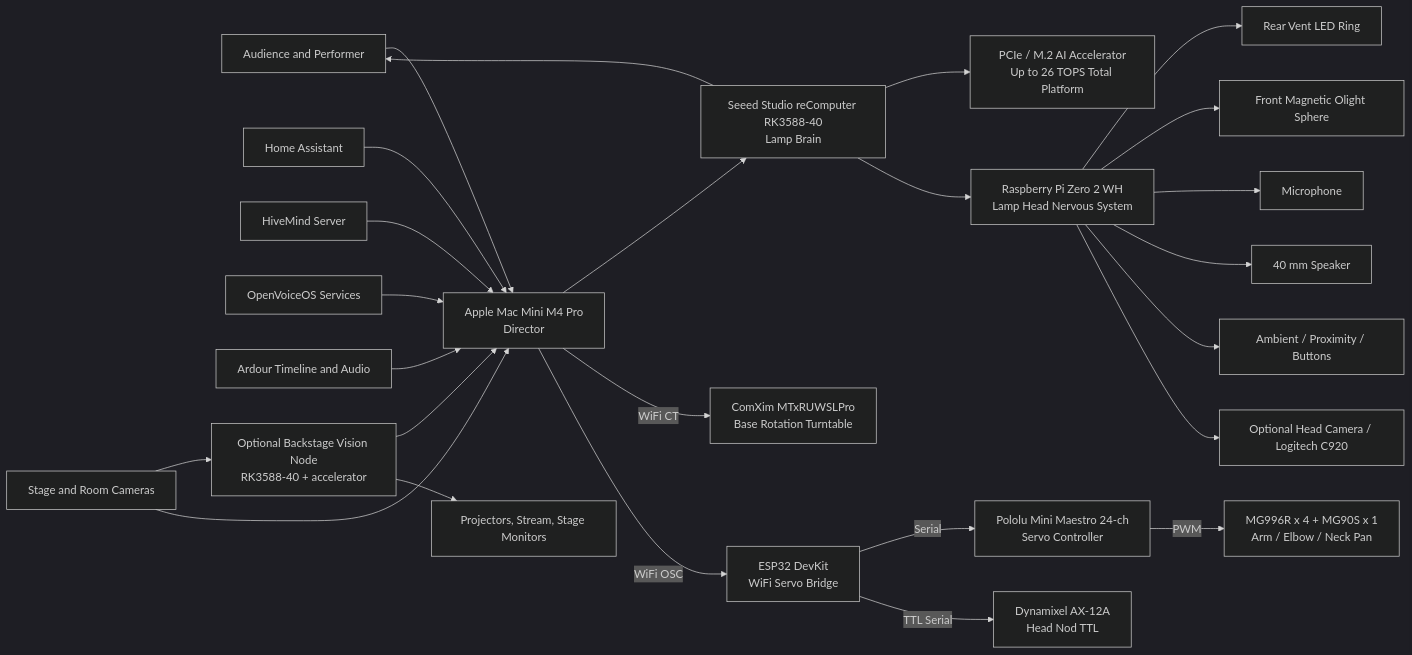
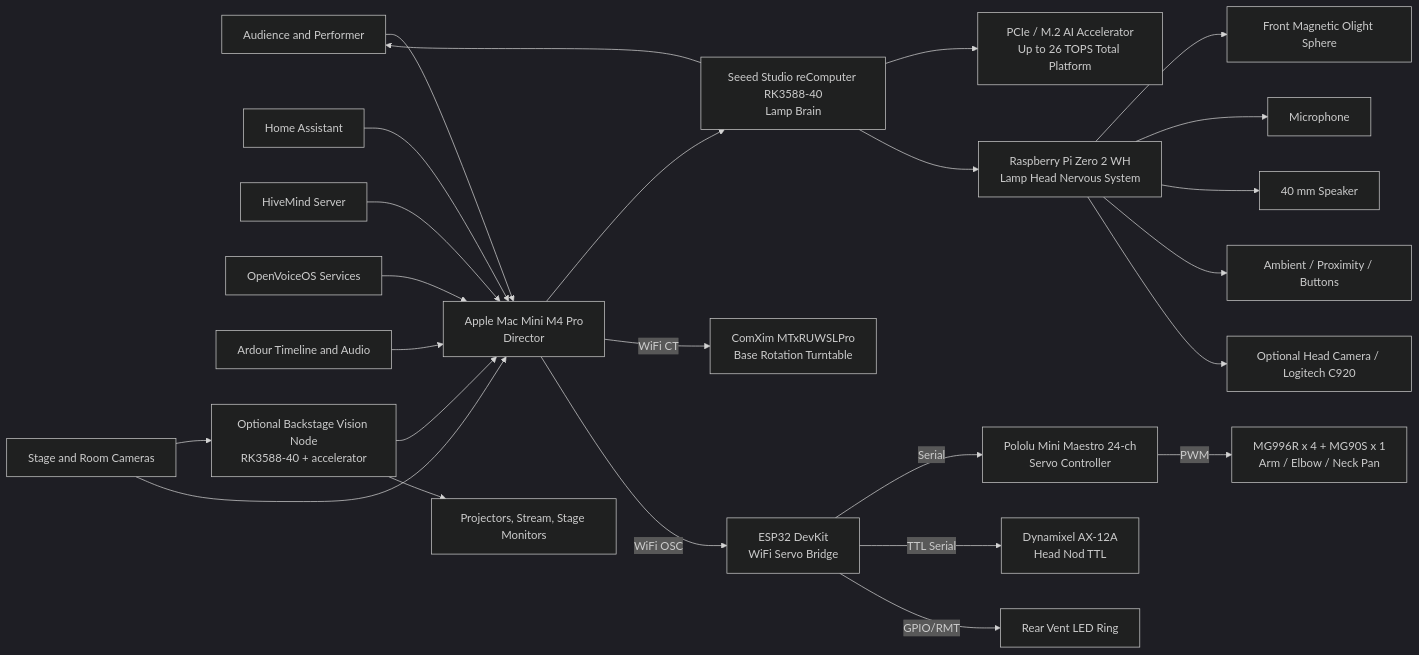
One commit to vanHeemstraPictures/pixstars changed the diagram in docs/architecture/ARCHITECTURE.md. Above: the diagram before and after it, drawn with Mermaid (dark theme). The commit also changed other lines of this file and 2 other files, not shown here.

First line of the commit message:
docs: Move LED ring control from Pi Zero 2 WH GPIO to ESP32 GPIO/RMT via

````diff
--- a/docs/architecture/ARCHITECTURE.md
+++ b/docs/architecture/ARCHITECTURE.md
@@ -22,56 +22,56 @@
 ```mermaid
 flowchart LR
     Audience[Audience and Performer]
     Cameras[Stage and Room Cameras]
     Visuals[Projectors, Stream, Stage Monitors]
 
     Mac[Apple Mac Mini M4 Pro\nDirector]
     HA[Home Assistant]
     HV[HiveMind Server]
     OV[OpenVoiceOS Services]
     Ardour[Ardour Timeline and Audio]
 
     RK[Seeed Studio reComputer RK3588-40\nLamp Brain]
     ACC[PCIe / M.2 AI Accelerator\nUp to 26 TOPS Total Platform]
     Pi[Raspberry Pi Zero 2 WH\nLamp Head Nervous System]
 
     ComXim[ComXim MTxRUWSLPro\nBase Rotation Turntable]
     ESP[ESP32 DevKit\nWiFi Servo Bridge]
     Maestro[Pololu Mini Maestro 24-ch\nServo Controller]
     AX[Dynamixel AX-12A\nHead Nod TTL]
     ArmServos[MG996R x 4 + MG90S x 1\nArm / Elbow / Neck Pan]
 
     RearRing[Rear Vent LED Ring]
     FrontBulb[Front Magnetic Olight Sphere]
     Mic[Microphone]
     Speaker[40 mm Speaker]
     Sensors[Ambient / Proximity / Buttons]
     Camera[Optional Head Camera / Logitech C920]
 
     Vision[Optional Backstage Vision Node\nRK3588-40 + accelerator]
 
     Audience --> Mac
     Cameras --> Vision
     Cameras --> Mac
     Mac --> RK
     Mac -- WiFi CT --> ComXim
     Mac -- WiFi OSC --> ESP
     HA --> Mac
     HV --> Mac
     OV --> Mac
     Ardour --> Mac
     RK --> ACC
     RK --> Pi
     ESP -- Serial --> Maestro
     ESP -- TTL Serial --> AX
+    ESP -- GPIO/RMT --> RearRing
     Maestro -- PWM --> ArmServos
-    Pi --> RearRing
     Pi --> FrontBulb
     Pi --> Mic
     Pi --> Speaker
     Pi --> Sensors
     Pi --> Camera
     Vision --> Mac
     Vision --> Visuals
     RK --> Audience
 ```
````
